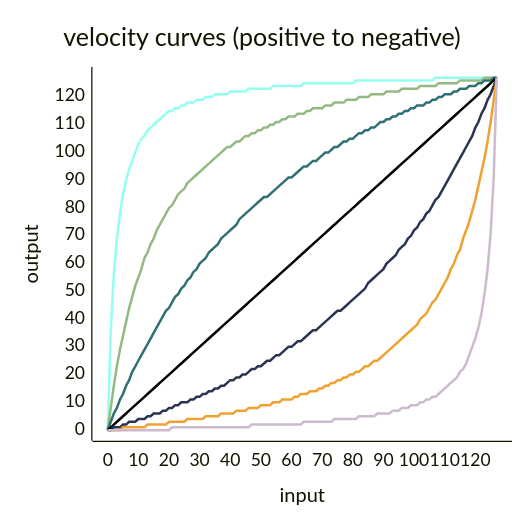
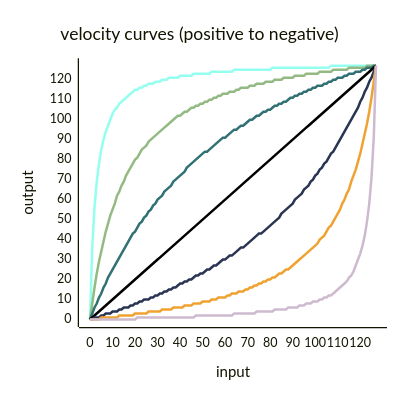
One commit to HLammers/cybo-drummer changed the second of 4 diagrams in README.md. Above: the diagram before and after it, drawn with Mermaid. The commit also changed other lines of this file, not shown here.

````diff
--- a/README.md
+++ b/README.md
@@ -199,28 +200,33 @@
 ```mermaid
 ---
 config:
     xyChart:
-        width: 400
-        height: 400
+        width: 300
+        height: 300
+        titleFontSize: 14
         xAxis:
             showTick: false
             axisLineWidth: 1
+            titleFontSize: 12
+            labelFontSize: 10
         yAxis:
             showTick: false
             axisLineWidth: 1
+            titleFontSize: 12
+            labelFontSize: 10
     themeVariables:
         xyChart:
             plotColorPalette: "#94ffef, #94ba84, #317173, #000000, #293552, #efa231, #cebace"
 ---
 xychart-beta
 title "velocity curves (positive to negative)"
 x-axis input 0 --> 127
 y-axis output
 line "positive 3" [0, 36, 56, 69, 78, 85, 90, 94, 97, 100, 103, 105, 106, 108, 109, 110, 111, 112, 113, 114, 115, 115, 116, 116, 117, 117, 118, 118, 118, 119, 119, 119, 120, 120, 120, 121, 121, 121, 121, 121, 122, 122, 122, 122, 122, 122, 123, 123, 123, 123, 123, 123, 123, 123, 124, 124, 124, 124, 124, 124, 124, 124, 124, 124, 125, 125, 125, 125, 125, 125, 125, 125, 125, 125, 125, 125, 125, 125, 125, 125, 125, 126, 126, 126, 126, 126, 126, 126, 126, 126, 126, 126, 126, 126, 126, 126, 126, 126, 126, 126, 126, 126, 126, 126, 126, 126, 126, 127, 127, 127, 127, 127, 127, 127, 127, 127, 127, 127, 127, 127, 127, 127, 127, 127, 127, 127, 127, 127]
 line "positive 2" [0, 8, 16, 23, 29, 34, 39, 44, 48, 52, 55, 58, 62, 64, 67, 69, 72, 74, 76, 78, 80, 81, 83, 85, 86, 87, 89, 90, 91, 92, 93, 94, 95, 96, 97, 98, 99, 100, 101, 102, 102, 103, 104, 104, 105, 106, 106, 107, 107, 108, 108, 109, 109, 110, 110, 111, 111, 112, 112, 113, 113, 113, 114, 114, 114, 115, 115, 116, 116, 116, 116, 117, 117, 117, 118, 118, 118, 118, 119, 119, 119, 119, 120, 120, 120, 120, 121, 121, 121, 121, 121, 122, 122, 122, 122, 122, 123, 123, 123, 123, 123, 123, 124, 124, 124, 124, 124, 124, 125, 125, 125, 125, 125, 125, 125, 126, 126, 126, 126, 126, 126, 126, 126, 127, 127, 127, 127, 127]
 line "positive 1" [0, 3, 6, 8, 11, 13, 16, 18, 21, 23, 25, 27, 29, 31, 33, 35, 37, 39, 41, 43, 44, 46, 48, 49, 51, 52, 54, 55, 57, 58, 60, 61, 62, 64, 65, 66, 67, 69, 70, 71, 72, 73, 74, 76, 77, 78, 79, 80, 81, 82, 83, 84, 84, 85, 86, 87, 88, 89, 90, 91, 91, 92, 93, 94, 95, 95, 96, 97, 97, 98, 99, 100, 100, 101, 102, 102, 103, 104, 104, 105, 105, 106, 107, 107, 108, 108, 109, 109, 110, 111, 111, 112, 112, 113, 113, 114, 114, 115, 115, 116, 116, 117, 117, 117, 118, 118, 119, 119, 120, 120, 121, 121, 121, 122, 122, 123, 123, 123, 124, 124, 124, 125, 125, 126, 126, 126, 127, 127]
 line "linear" [0, 1, 2, 3, 4, 5, 6, 7, 8, 9, 10, 11, 12, 13, 14, 15, 16, 17, 18, 19, 20, 21, 22, 23, 24, 25, 26, 27, 28, 29, 30, 31, 32, 33, 34, 35, 36, 37, 38, 39, 40, 41, 42, 43, 44, 45, 46, 47, 48, 49, 50, 51, 52, 53, 54, 55, 56, 57, 58, 59, 60, 61, 62, 63, 64, 65, 66, 67, 68, 69, 70, 71, 72, 73, 74, 75, 76, 77, 78, 79, 80, 81, 82, 83, 84, 85, 86, 87, 88, 89, 90, 91, 92, 93, 94, 95, 96, 97, 98, 99, 100, 101, 102, 103, 104, 105, 106, 107, 108, 109, 110, 111, 112, 113, 114, 115, 116, 117, 118, 119, 120, 121, 122, 123, 124, 125, 126, 127]
 line "negative 1" [0, 0, 1, 1, 1, 2, 2, 3, 3, 3, 4, 4, 4, 5, 5, 6, 6, 6, 7, 7, 8, 8, 9, 9, 10, 10, 10, 11, 11, 12, 12, 13, 13, 14, 14, 15, 15, 16, 16, 17, 18, 18, 19, 19, 20, 20, 21, 22, 22, 23, 23, 24, 25, 25, 26, 27, 27, 28, 29, 30, 30, 31, 32, 32, 33, 34, 35, 36, 36, 37, 38, 39, 40, 41, 42, 43, 43, 44, 45, 46, 47, 48, 49, 50, 51, 53, 54, 55, 56, 57, 58, 60, 61, 62, 63, 65, 66, 67, 69, 70, 72, 73, 75, 76, 78, 79, 81, 83, 84, 86, 88, 90, 92, 94, 96, 98, 100, 102, 104, 106, 109, 111, 114, 116, 119, 121, 124, 127]
 line "negative 2" [0, 0, 0, 0, 0, 1, 1, 1, 1, 1, 1, 1, 1, 2, 2, 2, 2, 2, 2, 2, 3, 3, 3, 3, 3, 3, 4, 4, 4, 4, 4, 4, 5, 5, 5, 5, 5, 6, 6, 6, 6, 6, 7, 7, 7, 7, 8, 8, 8, 8, 9, 9, 9, 9, 10, 10, 10, 11, 11, 11, 11, 12, 12, 13, 13, 13, 14, 14, 14, 15, 15, 16, 16, 17, 17, 18, 18, 19, 19, 20, 20, 21, 21, 22, 23, 23, 24, 25, 25, 26, 27, 28, 29, 30, 31, 32, 33, 34, 35, 36, 37, 38, 40, 41, 42, 44, 46, 47, 49, 51, 53, 55, 58, 60, 63, 65, 69, 72, 75, 79, 83, 88, 93, 98, 104, 111, 119, 127]
 line "negative 3" [0, 0, 0, 0, 0, 0, 0, 0, 0, 0, 0, 0, 0, 0, 0, 0, 0, 0, 0, 0, 0, 1, 1, 1, 1, 1, 1, 1, 1, 1, 1, 1, 1, 1, 1, 1, 1, 1, 1, 1, 1, 1, 1, 1, 1, 1, 1, 2, 2, 2, 2, 2, 2, 2, 2, 2, 2, 2, 2, 2, 2, 2, 2, 2, 3, 3, 3, 3, 3, 3, 3, 3, 3, 3, 4, 4, 4, 4, 4, 4, 4, 4, 5, 5, 5, 5, 5, 5, 6, 6, 6, 6, 6, 7, 7, 7, 8, 8, 8, 9, 9, 9, 10, 10, 11, 11, 12, 12, 13, 14, 15, 16, 17, 18, 19, 21, 22, 24, 27, 30, 33, 37, 42, 49, 58, 71, 91, 127]
 ```
````
